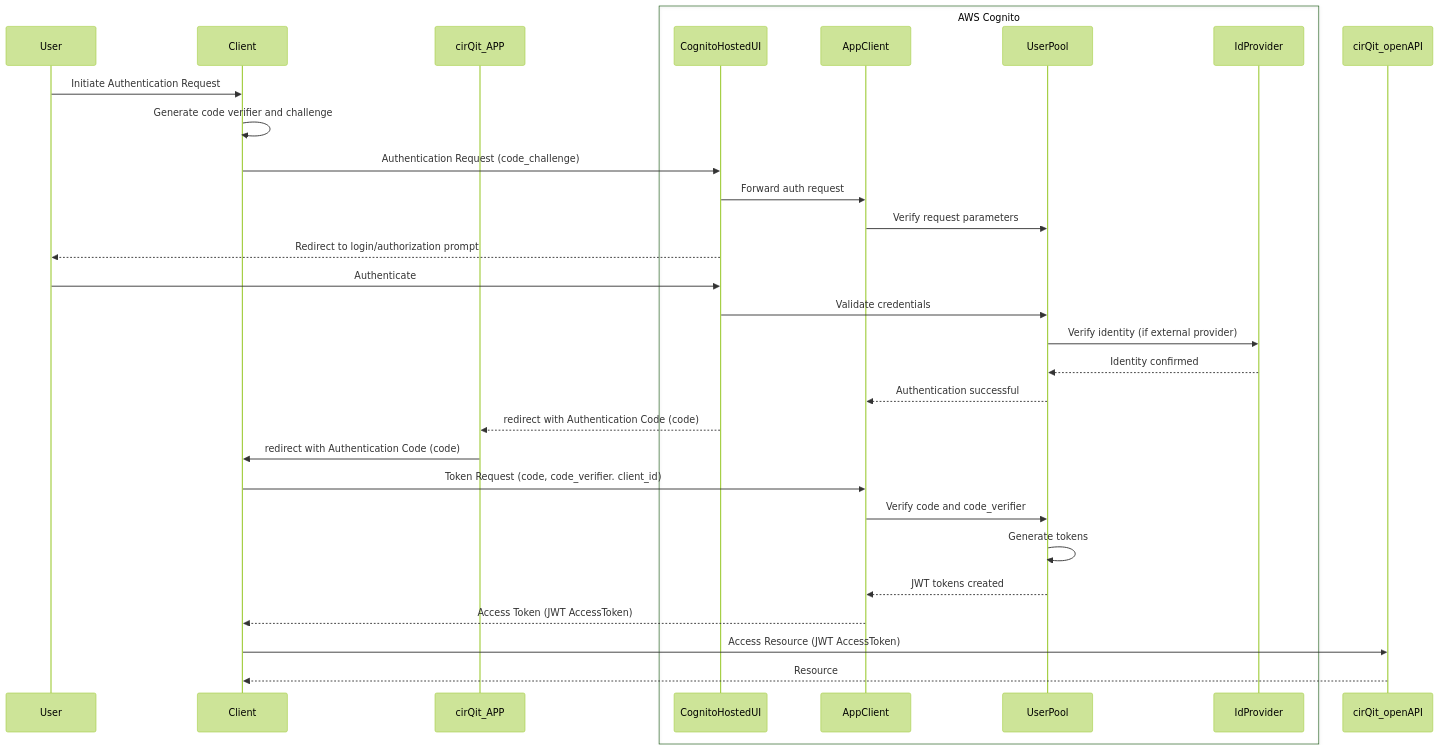
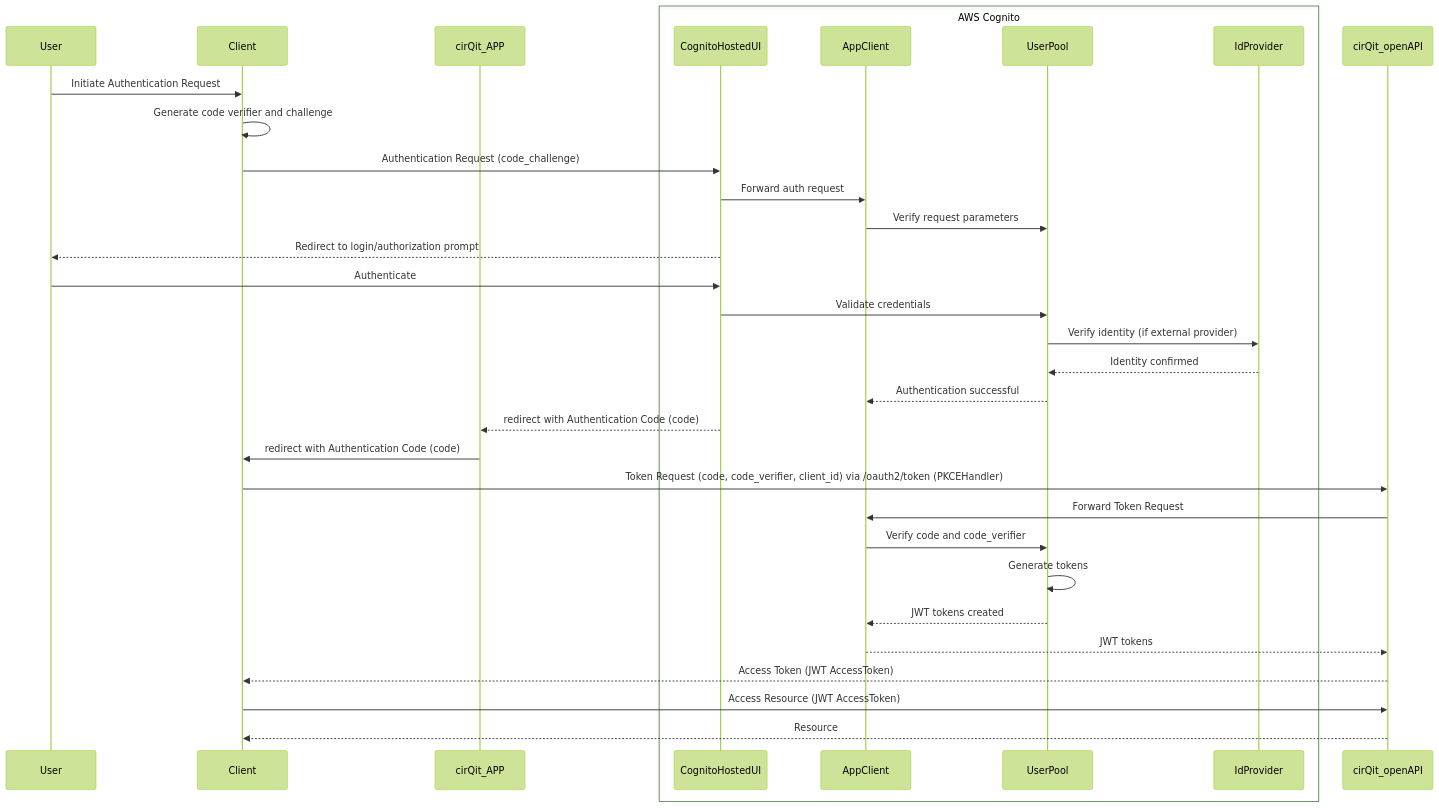
The diagram in example/pkce-authentication-flow/README.md (the-cirqit-editor/cirqit-openAPI), drawn with Mermaid (forest theme) before and after one commit.

Commit message:
CIR-844 SecurityAgent - correct REAME mermaid for PKCE

````diff
--- a/example/pkce-authentication-flow/README.md
+++ b/example/pkce-authentication-flow/README.md
@@ -7,35 +7,37 @@
 ``` mermaid
 sequenceDiagram
     participant User
     participant Client
     participant cirQit_APP
     box AWS Cognito
         participant CognitoHostedUI
         participant AppClient
         participant UserPool
         participant IdProvider
     end
     participant cirQit_openAPI
 
     User->>Client: Initiate Authentication Request
     Client->>Client: Generate code verifier and challenge
     Client->>CognitoHostedUI: Authentication Request (code_challenge)
     CognitoHostedUI->>AppClient: Forward auth request
     AppClient->>UserPool: Verify request parameters
     CognitoHostedUI-->>User: Redirect to login/authorization prompt
     User->>CognitoHostedUI: Authenticate
     CognitoHostedUI->>UserPool: Validate credentials
     UserPool->>IdProvider: Verify identity (if external provider)
     IdProvider-->>UserPool: Identity confirmed
     UserPool-->>AppClient: Authentication successful
     CognitoHostedUI-->>cirQit_APP: redirect with Authentication Code (code)
     cirQit_APP->>Client: redirect with Authentication Code (code)
-    Client->>AppClient: Token Request (code, code_verifier. client_id)
+    Client->>cirQit_openAPI: Token Request (code, code_verifier, client_id) via /oauth2/token (PKCEHandler)
+    cirQit_openAPI->>AppClient: Forward Token Request
     AppClient->>UserPool: Verify code and code_verifier
     UserPool->>UserPool: Generate tokens
     UserPool-->>AppClient: JWT tokens created
-    AppClient-->>Client: Access Token (JWT AccessToken)
+    AppClient-->>cirQit_openAPI: JWT tokens
+    cirQit_openAPI-->>Client: Access Token (JWT AccessToken)
     Client->>cirQit_openAPI: Access Resource (JWT AccessToken)
     cirQit_openAPI-->>Client: Resource
 
 ```
````
